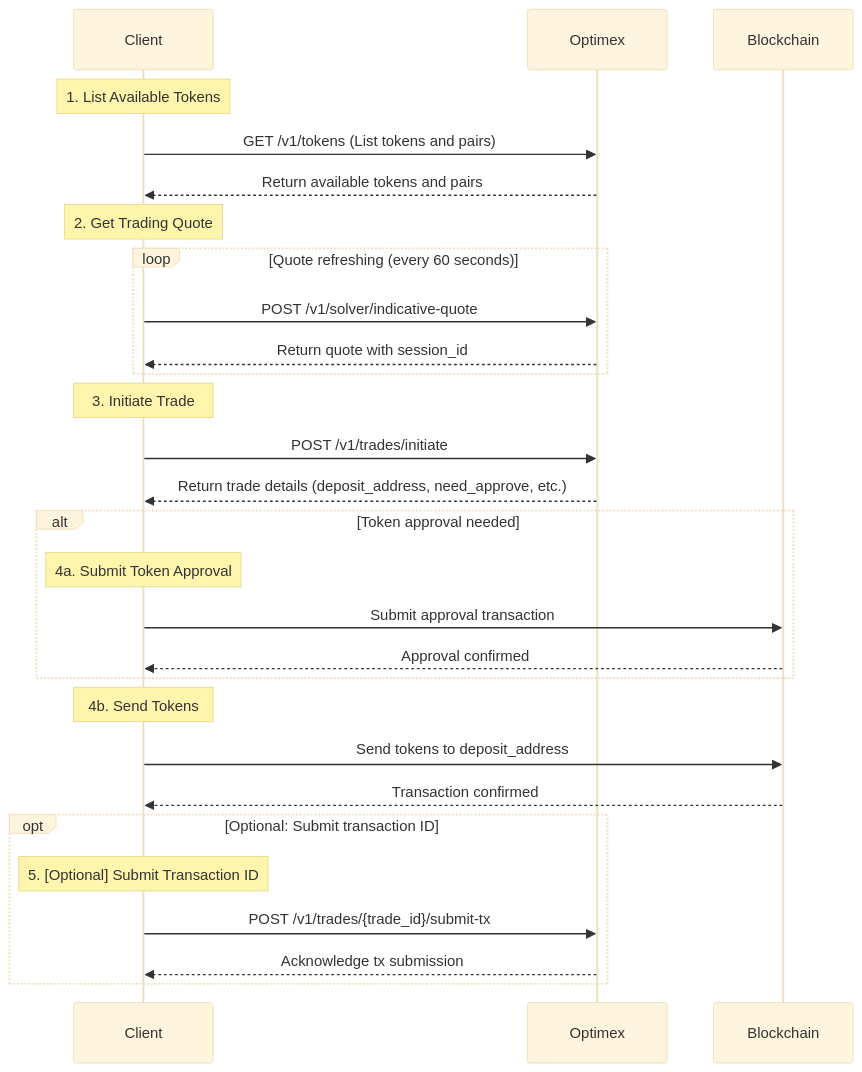
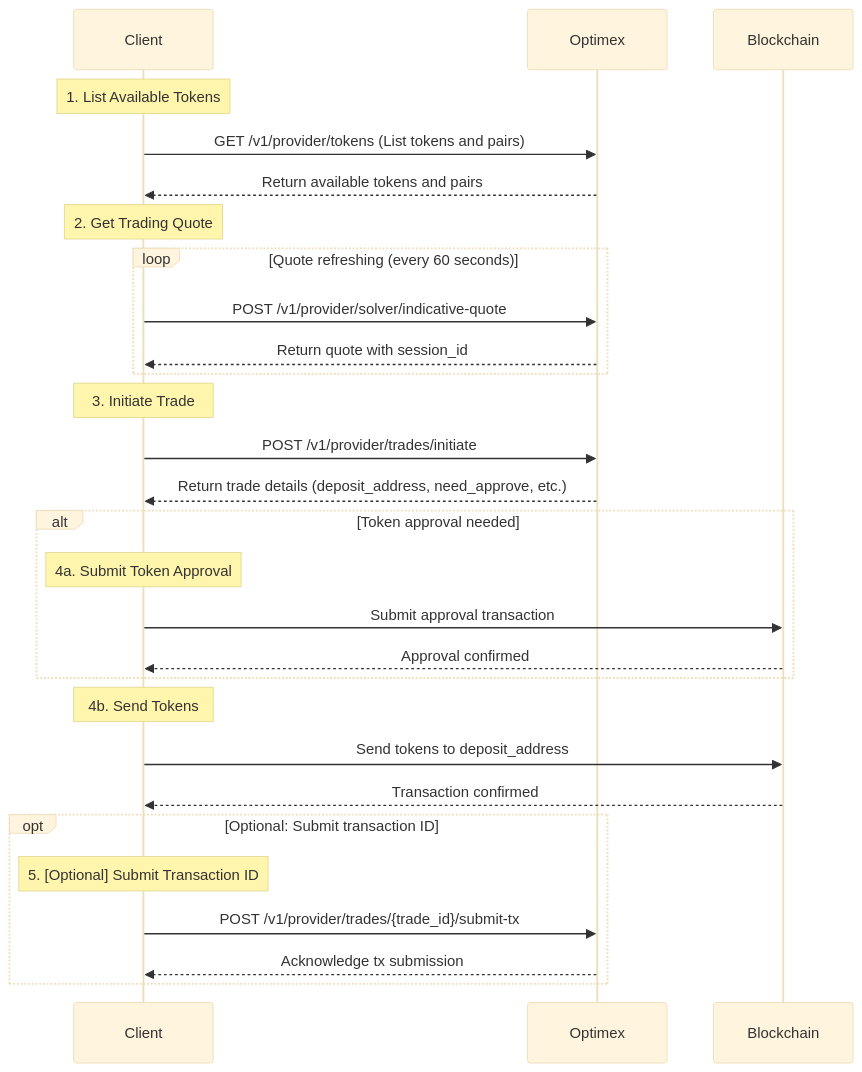
One commit to optimex-xyz/provider-api-docs changed the diagram in readme.md. Above: the diagram before and after it, drawn with Mermaid (base theme). The commit also changed other lines of this file, not shown here.

Commit message:
update endpoint provider

````diff
--- a/readme.md
+++ b/readme.md
@@ -18,36 +18,36 @@
 ```mermaid
 sequenceDiagram
     participant Client
     participant Optimex
     participant Blockchain
 
     Note over Client: 1. List Available Tokens
-    Client->>Optimex: GET /v1/tokens (List tokens and pairs)
+    Client->>Optimex: GET /v1/provider/tokens (List tokens and pairs)
     Optimex-->>Client: Return available tokens and pairs
-    
+
     Note over Client: 2. Get Trading Quote
     loop Quote refreshing (every 60 seconds)
-        Client->>Optimex: POST /v1/solver/indicative-quote
+        Client->>Optimex: POST /v1/provider/solver/indicative-quote
         Optimex-->>Client: Return quote with session_id
     end
-    
+
     Note over Client: 3. Initiate Trade
-    Client->>Optimex: POST /v1/trades/initiate
+    Client->>Optimex: POST /v1/provider/trades/initiate
     Optimex-->>Client: Return trade details (deposit_address, need_approve, etc.)
-    
+
     alt Token approval needed
         Note over Client: 4a. Submit Token Approval
         Client->>Blockchain: Submit approval transaction
         Blockchain-->>Client: Approval confirmed
     end
-    
+
     Note over Client: 4b. Send Tokens
     Client->>Blockchain: Send tokens to deposit_address
     Blockchain-->>Client: Transaction confirmed
-    
+
     opt Optional: Submit transaction ID
         Note over Client: 5. [Optional] Submit Transaction ID
-        Client->>Optimex: POST /v1/trades/{trade_id}/submit-tx
+        Client->>Optimex: POST /v1/provider/trades/{trade_id}/submit-tx
         Optimex-->>Client: Acknowledge tx submission
     end
 ```
````
